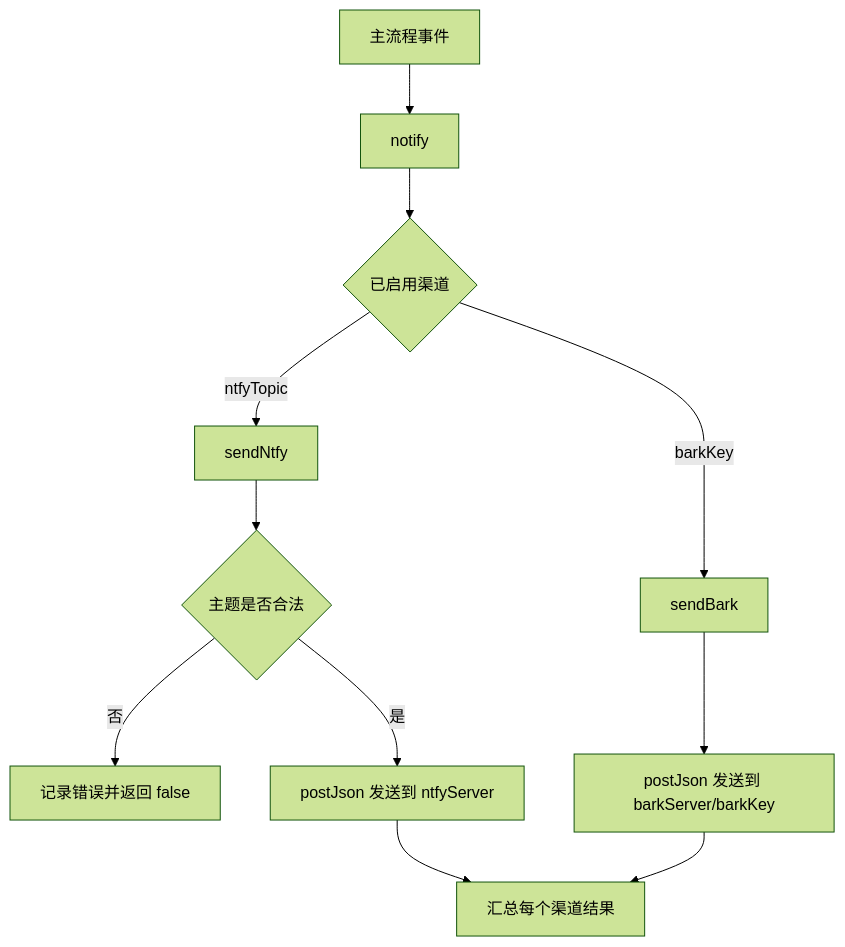
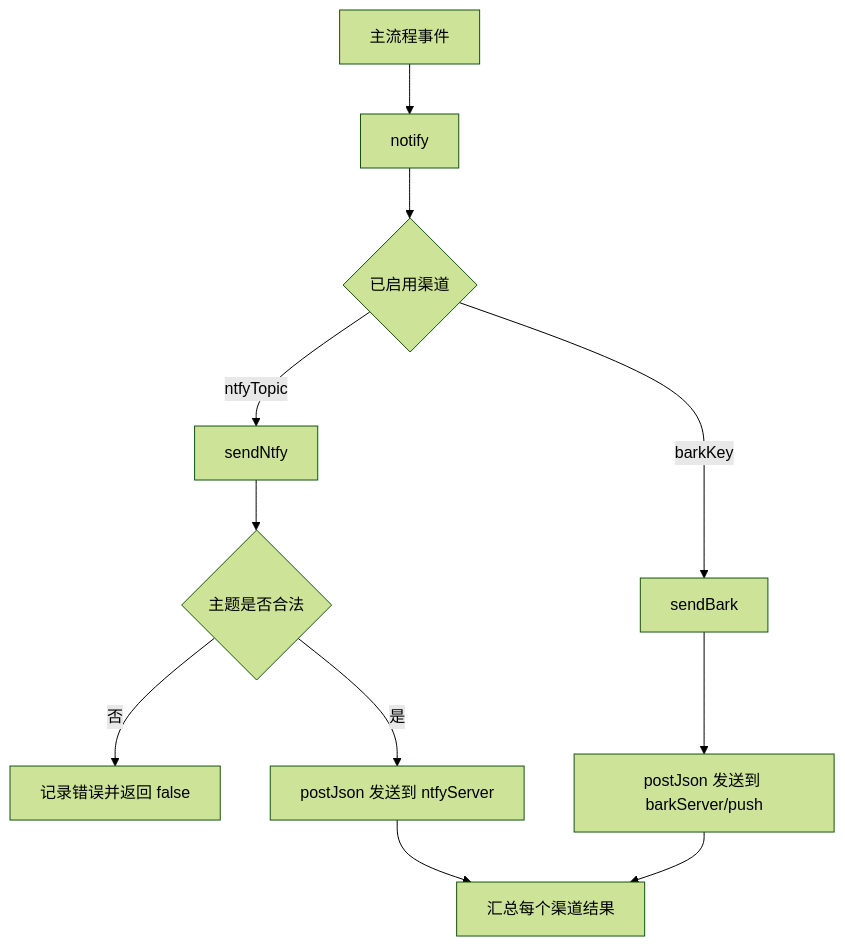
One commit to lonemoonspace/Weread-Assistant changed the diagram in docs/notifications.md. Above: the diagram before and after it, drawn with Mermaid (forest theme). The commit also changed other lines of this file and 10 other files, not shown here.

````diff
--- a/docs/notifications.md
+++ b/docs/notifications.md
@@ -74,13 +74,13 @@
 ```mermaid
 flowchart TD
   A[主流程事件] --> B[notify]
   B --> C{已启用渠道}
   C -->|barkKey| D[sendBark]
   C -->|ntfyTopic| E[sendNtfy]
   E --> F{主题是否合法}
   F -->|否| G[记录错误并返回 false]
   F -->|是| H[postJson 发送到 ntfyServer]
-  D --> I[postJson 发送到 barkServer/barkKey]
+  D --> I[postJson 发送到 barkServer/push]
   H --> J[汇总每个渠道结果]
   I --> J
 ```
````
